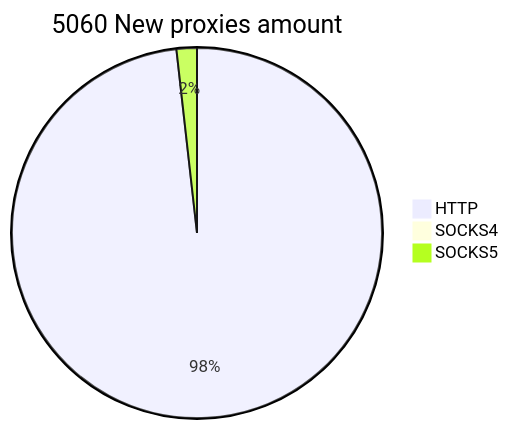
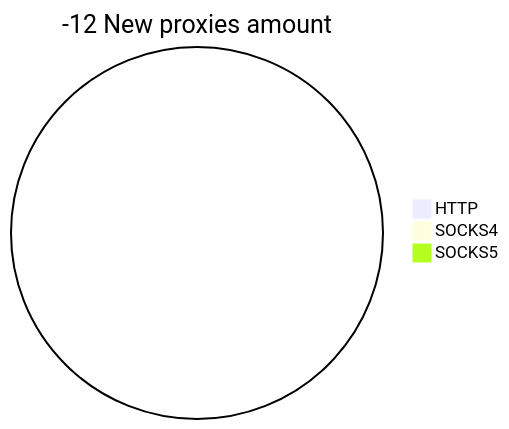
One commit to cutipu/proxylist changed the second of 2 diagrams in README.md. Above: the diagram before and after it, drawn with Mermaid. The commit also changed other lines of this file, not shown here.

````diff
--- a/README.md
+++ b/README.md
@@ -10,6 +10,6 @@
 ```mermaid
-pie title 5060 New proxies amount
-    "HTTP" : 4970
+pie title -12 New proxies amount
+    "HTTP" : 0
     "SOCKS4" : 0
-    "SOCKS5" : 90
+    "SOCKS5" : 0
 ```
````
